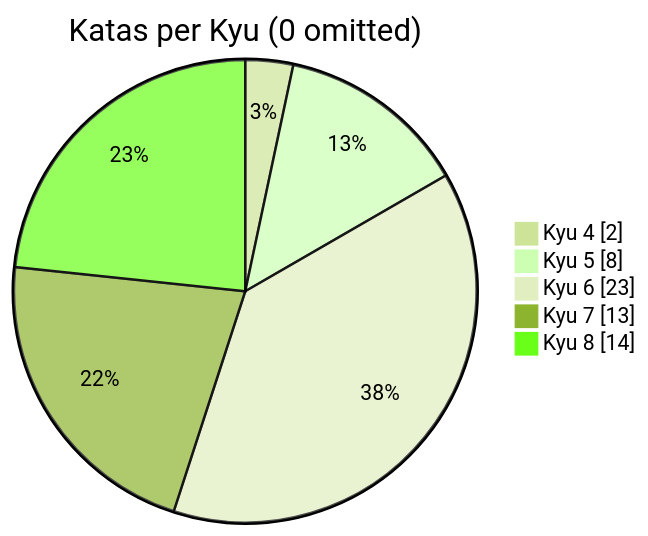
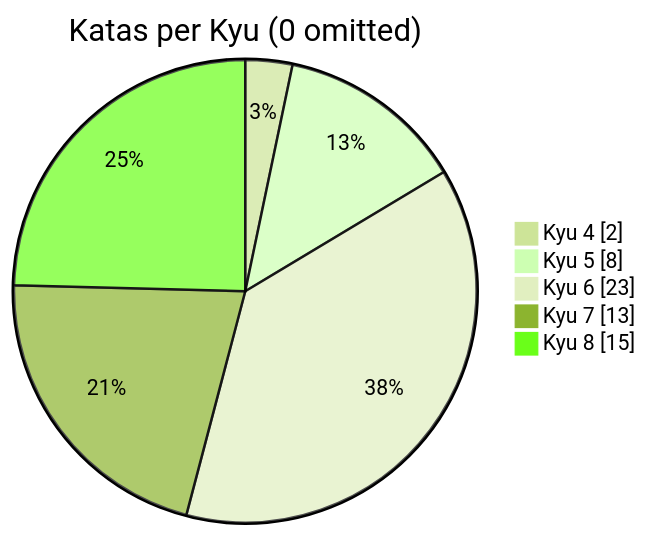
One commit to MauricioLudwig/codewars-typescript changed the diagram in README.md. Above: the diagram before and after it, drawn with Mermaid (forest theme). The commit also changed other lines of this file, not shown here.

````diff
--- a/README.md
+++ b/README.md
@@ -20,9 +20,9 @@
 ```mermaid
 pie showData
     title Katas per Kyu (0 omitted)
 	"Kyu 4": 2
 	"Kyu 5": 8
 	"Kyu 6": 23
 	"Kyu 7": 13
-	"Kyu 8": 14
+	"Kyu 8": 15
 ```
````
